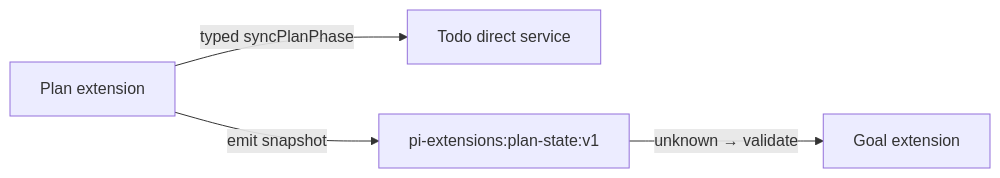
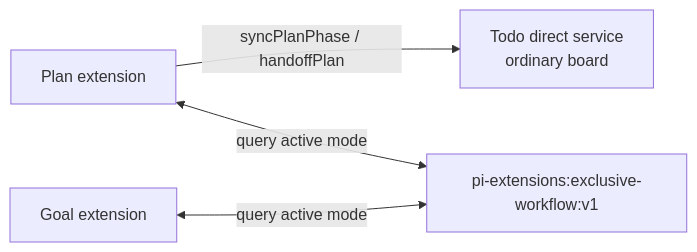
Diagram 14 of 19 in docs/design/04-extension-system.md (jaronic/pi-extensions), drawn with Mermaid before and after one commit. The commit also changed other lines of this file and 49 other files, not shown here.

First line of the commit message:
refactor(goal,plan,todo): exclusive workflow protocol and settled-board cleanup

````diff
--- a/docs/design/04-extension-system.md
+++ b/docs/design/04-extension-system.md
@@ -341,11 +341,11 @@
 ```mermaid
 flowchart LR
     Plan[Plan extension]
-    Todo[Todo direct service]
-    Channel[pi-extensions:plan-state:v1]
+    Todo[Todo direct service<br/>ordinary board]
+    Query[pi-extensions:exclusive-workflow:v1]
     Goal[Goal extension]
 
-    Plan -->|typed syncPlanPhase| Todo
-    Plan -->|emit snapshot| Channel
-    Channel -->|unknown → validate| Goal
+    Plan -->|syncPlanPhase / handoffPlan| Todo
+    Plan <-->|query active mode| Query
+    Goal <-->|query active mode| Query
 ```
````
